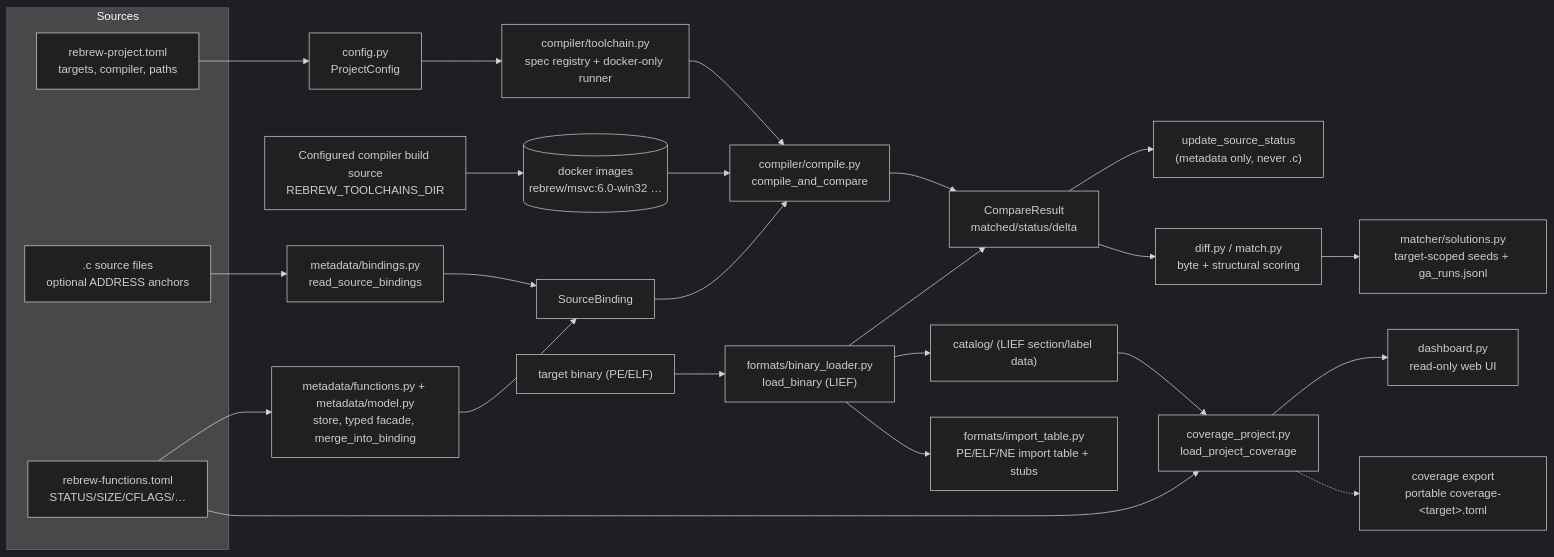
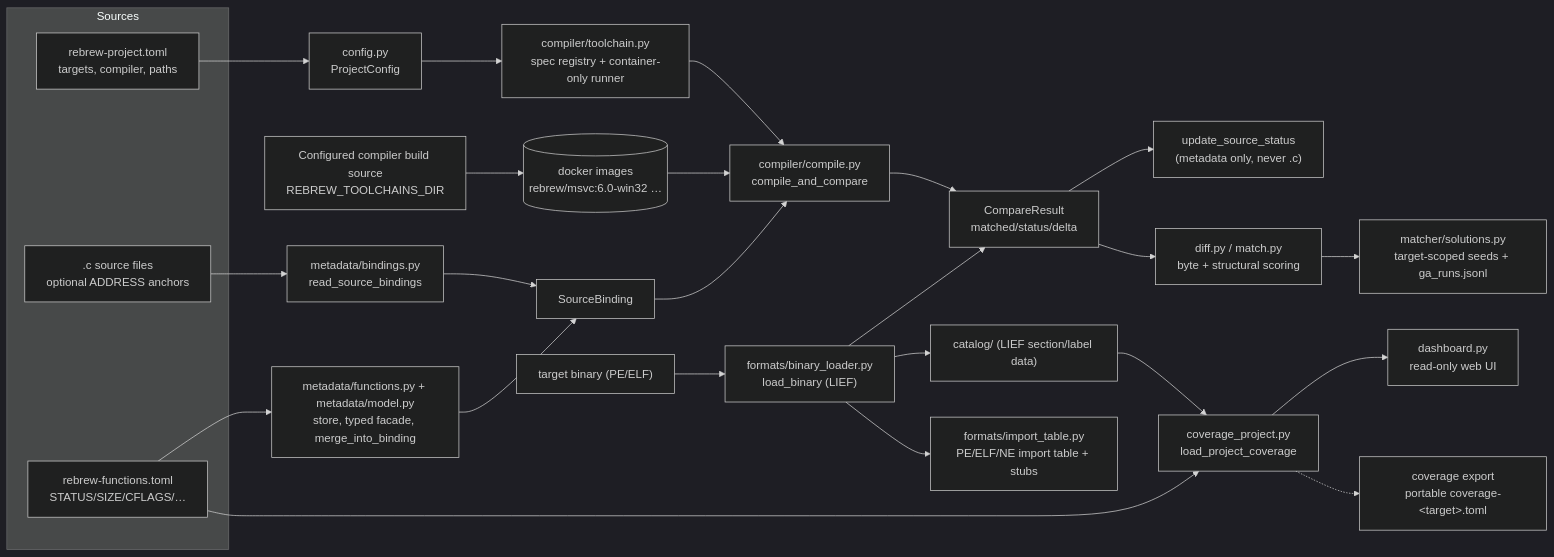
One commit to maci0/rebrew changed the diagram in docs/ARCHITECTURE.md. Above: the diagram before and after it, drawn with Mermaid (dark theme). The commit also changed other lines of this file and 4 other files, not shown here.

Commit message:
docs: fix container-only wording drifted from code

````diff
--- a/docs/ARCHITECTURE.md
+++ b/docs/ARCHITECTURE.md
@@ -24,37 +24,37 @@
 ```mermaid
 flowchart LR
     subgraph Sources
         C[".c source files<br/>optional ADDRESS anchors"]
         TOML["rebrew-project.toml<br/>targets, compiler, paths"]
         META["rebrew-functions.toml<br/>STATUS/SIZE/CFLAGS/…"]
     end
 
     C --> ANNOT["metadata/bindings.py<br/>read_source_bindings"]
     META --> FACADE["metadata/functions.py + metadata/model.py<br/>store, typed facade, merge_into_binding"]
     TOML --> CFG["config.py<br/>ProjectConfig"]
 
     ANNOT --> MERGED["SourceBinding"]
     FACADE --> MERGED
 
-    CFG --> TOOLCHAIN["compiler/toolchain.py<br/>spec registry + docker-only runner"]
+    CFG --> TOOLCHAIN["compiler/toolchain.py<br/>spec registry + container-only runner"]
     RT["Configured compiler build source<br/>REBREW_TOOLCHAINS_DIR"] --> IMG[("docker images<br/>rebrew/msvc:6.0-win32 …")]
     TOOLCHAIN --> COMPILE["compiler/compile.py<br/>compile_and_compare"]
     IMG --> COMPILE
 
     BIN["target binary (PE/ELF)"] --> LOAD["formats/binary_loader.py<br/>load_binary (LIEF)"]
     MERGED --> COMPILE
     COMPILE --> CMP["CompareResult<br/>matched/status/delta"]
     LOAD --> CMP
 
     CMP --> STATUS["update_source_status<br/>(metadata only, never .c)"]
     CMP --> DIFF["diff.py / match.py<br/>byte + structural scoring"]
 
     LOAD --> CATALOG["catalog/ (LIEF section/label data)"]
     CATALOG --> COVERAGE["coverage_project.py<br/>load_project_coverage"]
     META --> COVERAGE
     COVERAGE --> DASH["dashboard.py<br/>read-only web UI"]
     COVERAGE -.-> DB["coverage export<br/>portable coverage-&lt;target&gt;.toml"]
 
     LOAD --> IMPORTS["formats/import_table.py<br/>PE/ELF/NE import table + stubs"]
     DIFF --> SOL["matcher/solutions.py<br/>target-scoped seeds + ga_runs.jsonl"]
 ```
````
